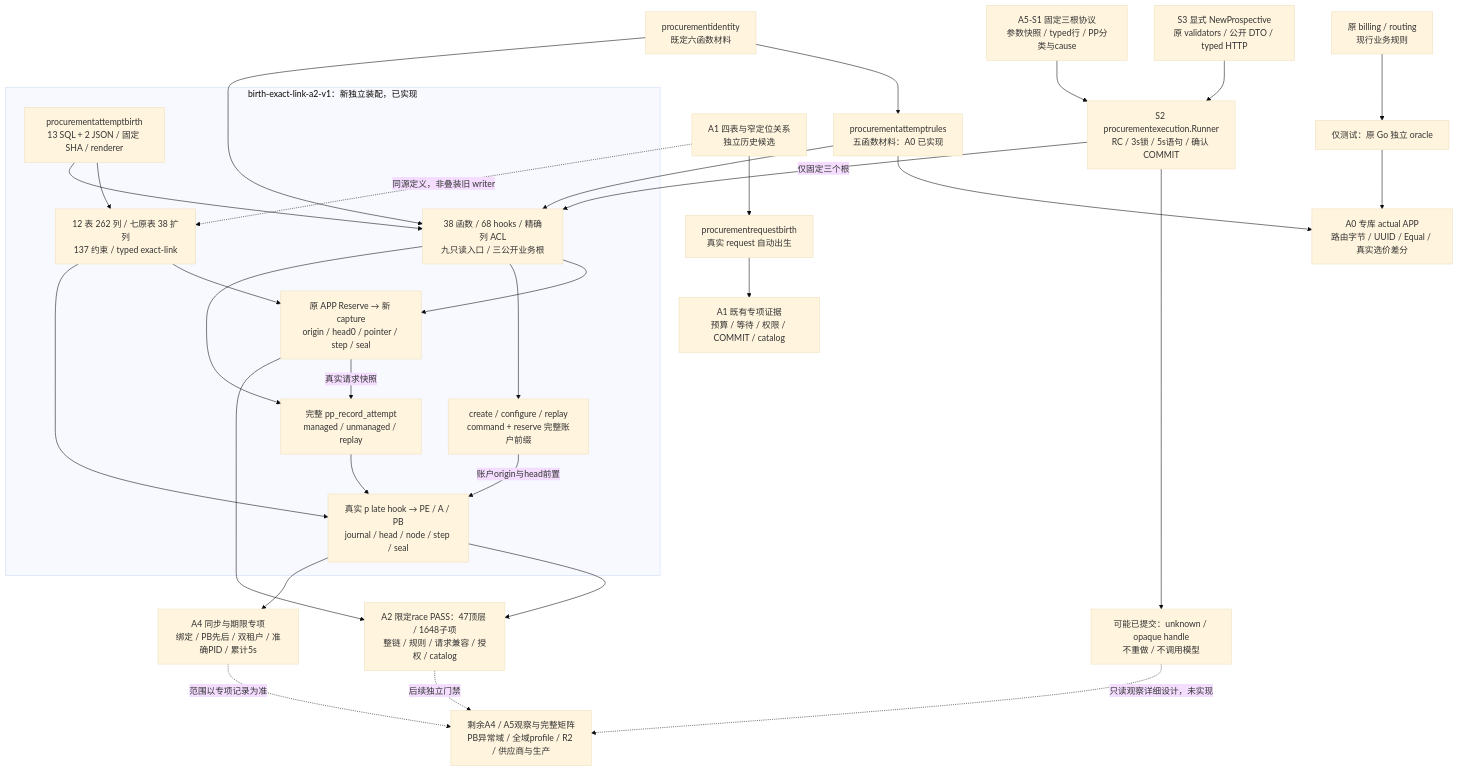
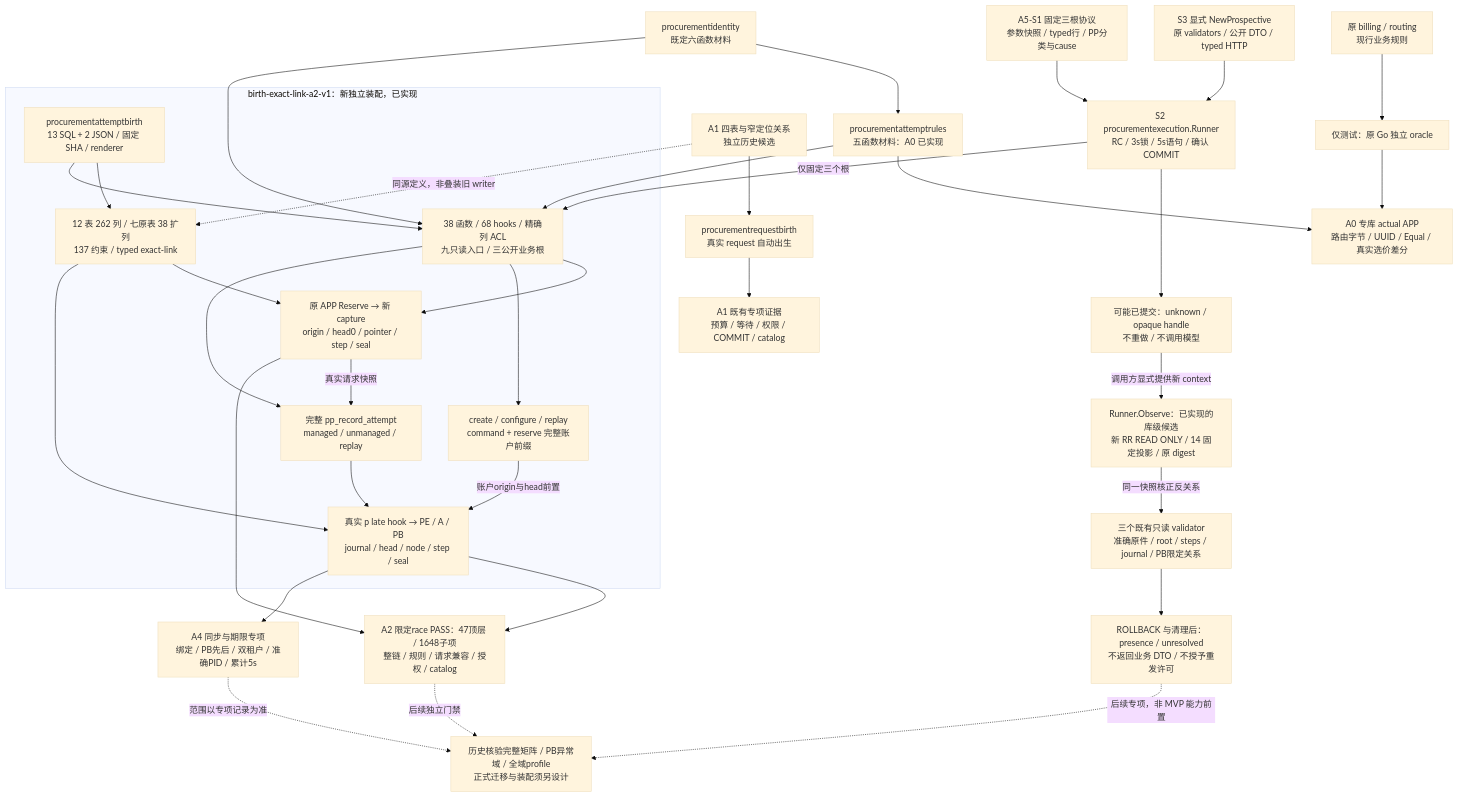
One commit to workhold/moni-aigate changed the first of 2 diagrams in docs/architecture/procurement-attempt-birth.md. Above: the diagram before and after it, drawn with Mermaid (base theme). The commit also changed other lines of this file and 26 other files, not shown here.

Commit message:
feat: verify unknown procurement receipts with read-only observation

````diff
--- a/docs/architecture/procurement-attempt-birth.md
+++ b/docs/architecture/procurement-attempt-birth.md
@@ -7,41 +7,44 @@
 ```mermaid
 flowchart TD
     Original["原 billing / routing<br/>现行业务规则"] --> Oracle["仅测试：原 Go 独立 oracle"]
     Identity["procurementidentity<br/>既定六函数材料"] --> Rules["procurementattemptrules<br/>五函数材料：A0 已实现"]
     Rules --> PGTest["A0 专库 actual APP<br/>路由字节 / UUID / Equal / 真实选价差分"]
     Oracle --> PGTest
     Schema["A1 四表与窄定位关系<br/>独立历史候选"] --> Birth["procurementrequestbirth<br/>真实 request 自动出生"]
     Birth --> Matrix["A1 既有专项证据<br/>预算 / 等待 / 权限 / COMMIT / catalog"]
     subgraph Candidate["birth-exact-link-a2-v1：新独立装配，已实现"]
         Renderer["procurementattemptbirth<br/>13 SQL + 2 JSON / 固定 SHA / renderer"]
         Relations["12 表 262 列 / 七原表 38 扩列<br/>137 约束 / typed exact-link"]
         Functions["38 函数 / 68 hooks / 精确列 ACL<br/>九只读入口 / 三公开业务根"]
         Request["原 APP Reserve → 新 capture<br/>origin / head0 / pointer / step / seal"]
         Account["create / configure / replay<br/>command + reserve 完整账户前缀"]
         Attempt["完整 pp_record_attempt<br/>managed / unmanaged / replay"]
         Effects["真实 p late hook → PE / A / PB<br/>journal / head / node / step / seal"]
         Renderer --> Relations
         Renderer --> Functions
         Functions --> Request
         Functions --> Account
         Functions --> Attempt
         Request -->|真实请求快照| Attempt
         Account -->|账户origin与head前置| Effects
         Attempt --> Effects
     end
     Schema -. "同源定义，非叠装旧 writer" .-> Relations
     Identity --> Functions
     Rules --> Functions
     Relations --> Request
     Relations --> Effects
     Request --> A2PG["A2 限定race PASS：47顶层 / 1648子项<br/>整链 / 规则 / 请求兼容 / 授权 / catalog"]
     Effects --> A2PG
     Effects --> Sync["A4 同步与期限专项<br/>绑定 / PB先后 / 双租户 / 准确PID / 累计5s"]
     Adapter["S3 显式 NewProspective<br/>原 validators / 公开 DTO / typed HTTP"] --> Runner["S2 procurementexecution.Runner<br/>RC / 3s锁 / 5s语句 / 确认 COMMIT"]
     ABI["A5-S1 固定三根协议<br/>参数快照 / typed行 / PP分类与cause"] --> Runner
     Runner -->|仅固定三个根| Functions
     Runner --> Unknown["可能已提交：unknown / opaque handle<br/>不重做 / 不调用模型"]
-    Unknown -. "只读观察详细设计，未实现" .-> Future["剩余A4 / A5观察与完整矩阵<br/>PB异常域 / 全域profile / R2 / 供应商与生产"]
+    Unknown -->|调用方显式提供新 context| Observe["Runner.Observe：已实现的库级候选<br/>新 RR READ ONLY / 14 固定投影 / 原 digest"]
+    Observe -->|同一快照核正反关系| ReadOnly["三个既有只读 validator<br/>准确原件 / root / steps / journal / PB限定关系"]
+    ReadOnly --> Observation["ROLLBACK 与清理后：presence / unresolved<br/>不返回业务 DTO / 不授予重发许可"]
+    Observation -. "后续专项，非 MVP 能力前置" .-> Future["历史核验完整矩阵 / PB异常域 / 全域profile<br/>正式迁移与装配须另设计"]
     A2PG -. "后续独立门禁" .-> Future
     Sync -. "范围以专项记录为准" .-> Future
 ```
````
